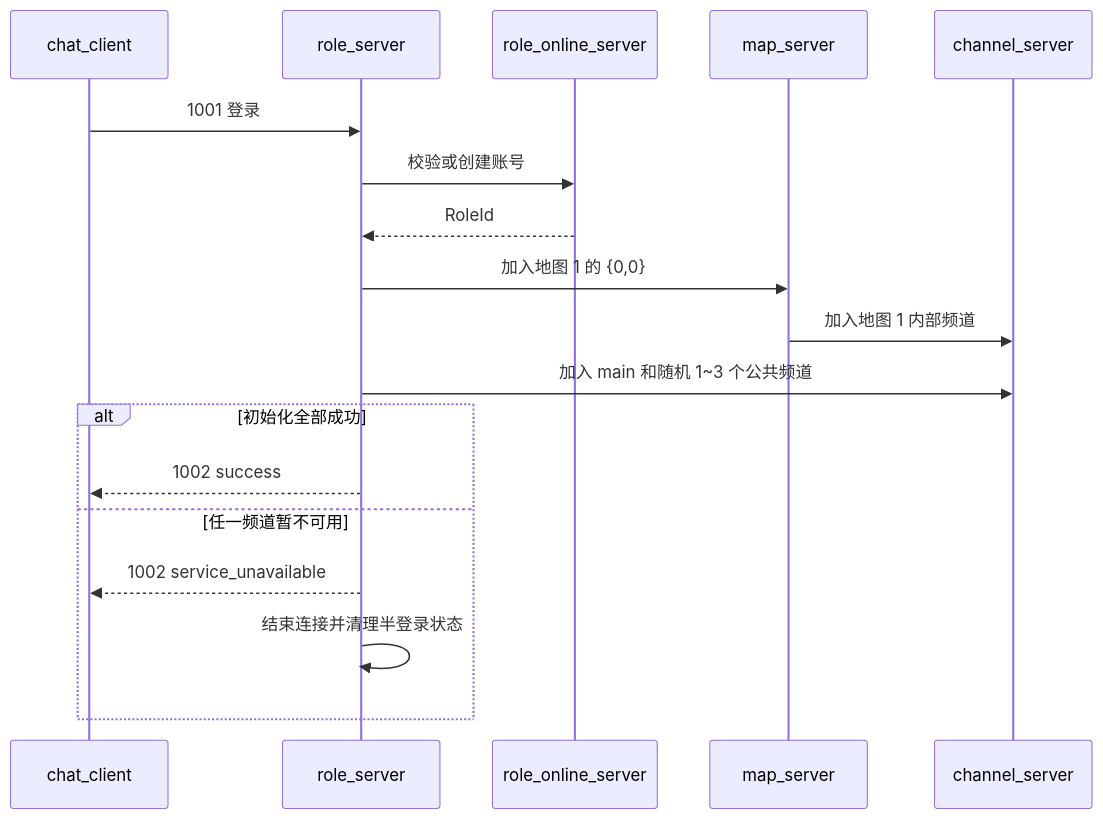
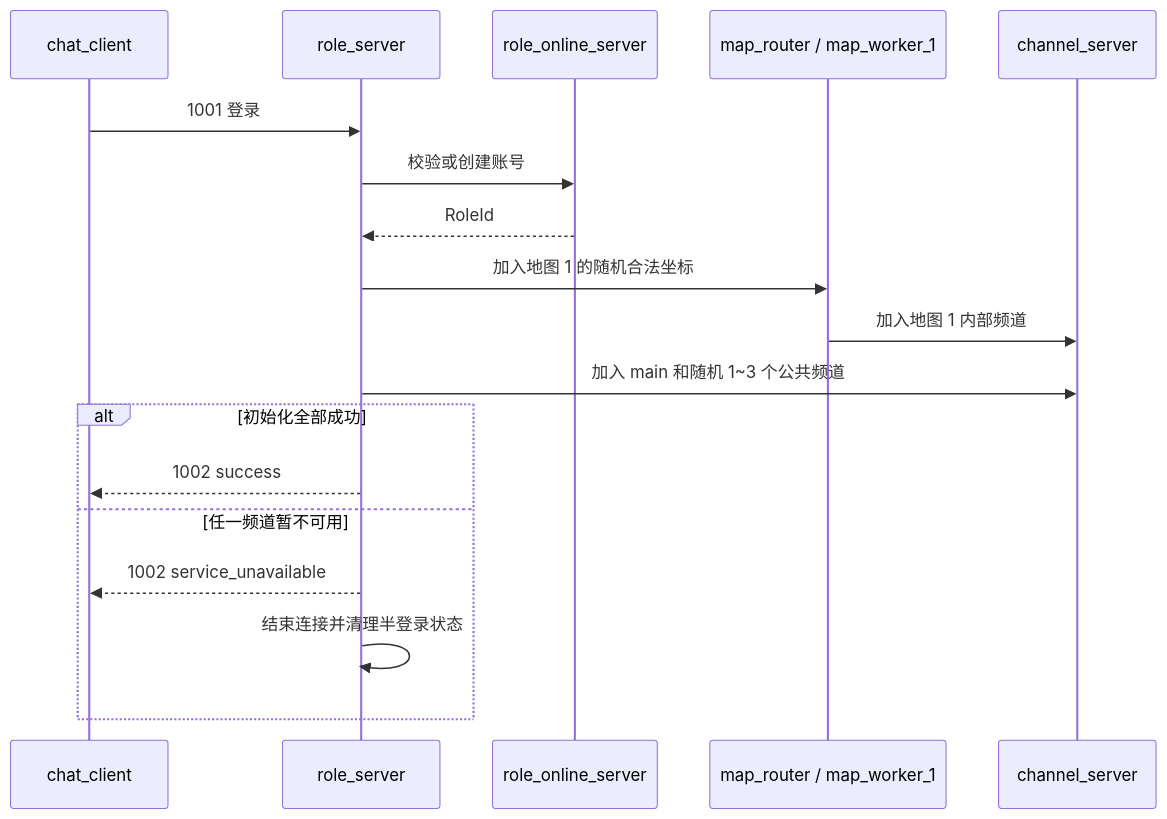
One commit to chrison18/erlang-game-chat-server changed the third of 6 diagrams in docs/Chat V1.3 设计文档.md. Above: the diagram before and after it, drawn with Mermaid. The commit also changed other lines of this file and 19 other files, not shown here.

````diff
--- a/docs/Chat V1.3 设计文档.md
+++ b/docs/Chat V1.3 设计文档.md
@@ -95,21 +105,21 @@
 ```mermaid
 sequenceDiagram
     participant C as chat_client
     participant R as role_server
     participant O as role_online_server
-    participant M as map_server
+    participant M as map_router / map_worker_1
     participant CH as channel_server
 
     C->>R: 1001 登录
     R->>O: 校验或创建账号
     O-->>R: RoleId
-    R->>M: 加入地图 1 的 {0,0}
+    R->>M: 加入地图 1 的随机合法坐标
     M->>CH: 加入地图 1 内部频道
     R->>CH: 加入 main 和随机 1~3 个公共频道
     alt 初始化全部成功
         R-->>C: 1002 success
     else 任一频道暂不可用
         R-->>C: 1002 service_unavailable
         R->>R: 结束连接并清理半登录状态
     end
 ```
````
